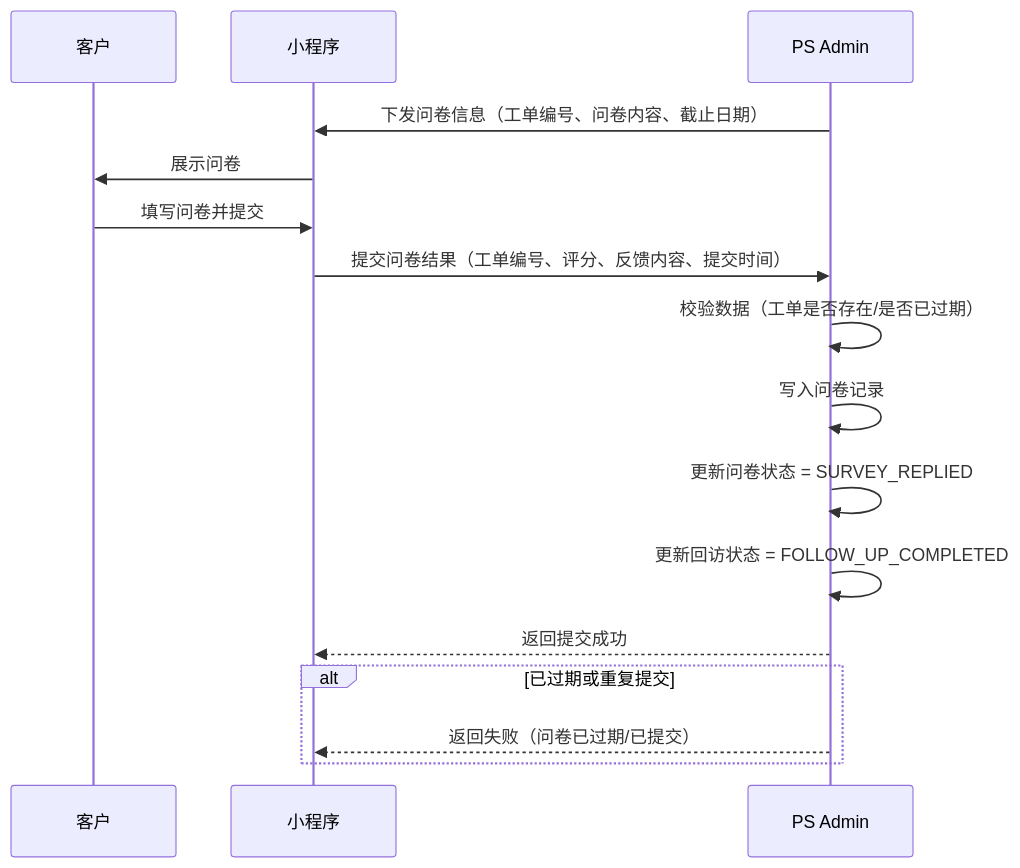
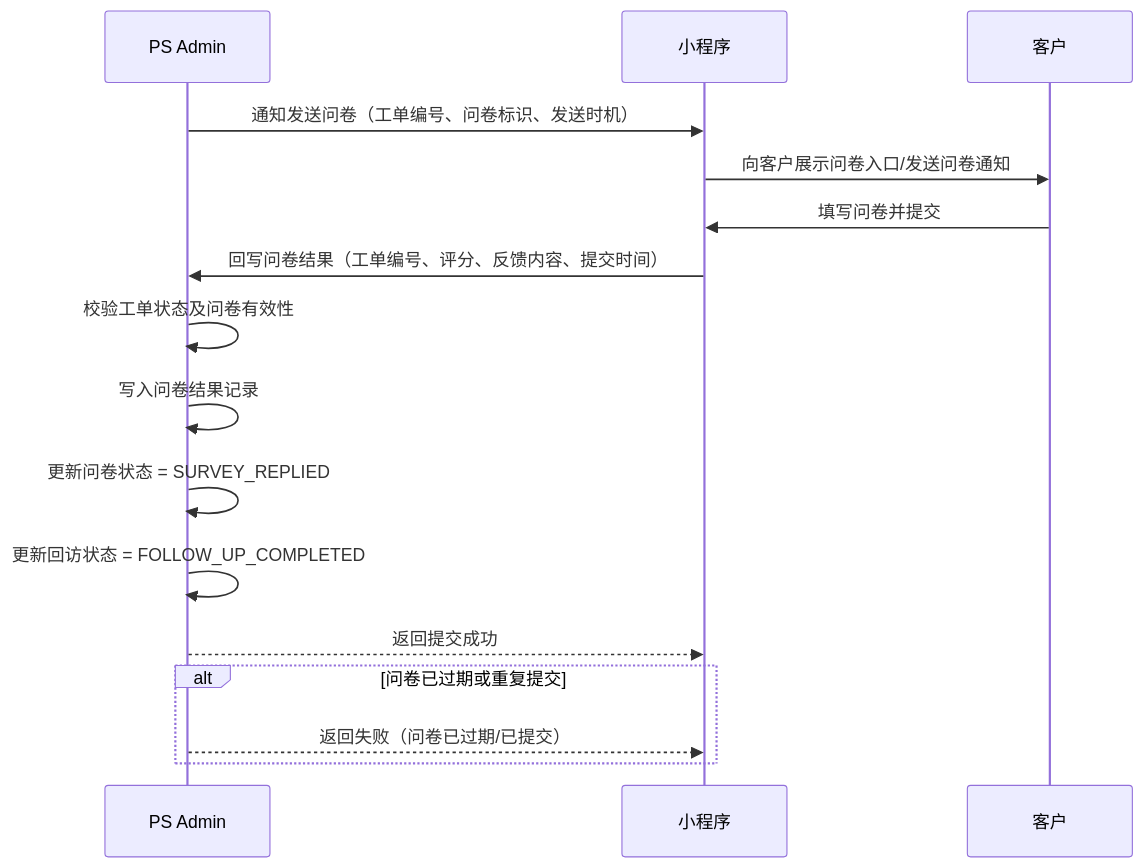
One commit to guguohai/gmps changed diagram 11 of 36 in 文档/GM系统需求说明.md. Above: the diagram before and after it, drawn with Mermaid. The commit also changed other lines of this file, not shown here.

````diff
--- a/文档/GM系统需求说明.md
+++ b/文档/GM系统需求说明.md
@@ -648,33 +644,31 @@
 ```mermaid
 sequenceDiagram
 
+participant A as PS Admin
+participant M as 小程序
 participant U as 客户
-participant M as 小程序
-participant A as PS Admin
 
-%% 问卷生成
-A ->> M: 下发问卷信息（工单编号、问卷内容、截止日期）
-M ->> U: 展示问卷
+%% 问卷发送通知
+A ->> M: 通知发送问卷（工单编号、问卷标识、发送时机）
+M ->> U: 向客户展示问卷入口/发送问卷通知
 
-%% 用户填写
+%% 用户填写问卷
 U ->> M: 填写问卷并提交
 
-%% 数据回传
-M ->> A: 提交问卷结果（工单编号、评分、反馈内容、提交时间）
+%% 问卷结果回写
+M ->> A: 回写问卷结果（工单编号、评分、反馈内容、提交时间）
 
-%% 数据处理
-A ->> A: 校验数据（工单是否存在/是否已过期）
-A ->> A: 写入问卷记录
-
-%% 状态更新
+%% PS Admin处理结果
+A ->> A: 校验工单状态及问卷有效性
+A ->> A: 写入问卷结果记录
 A ->> A: 更新问卷状态 = SURVEY_REPLIED
 A ->> A: 更新回访状态 = FOLLOW_UP_COMPLETED
 
-%% 返回结果
+%% 返回处理结果
 A -->> M: 返回提交成功
 
 %% 异常处理
-alt 已过期或重复提交
-A -->> M: 返回失败（问卷已过期/已提交）
+alt 问卷已过期或重复提交
+    A -->> M: 返回失败（问卷已过期/已提交）
 end
 ```
````
